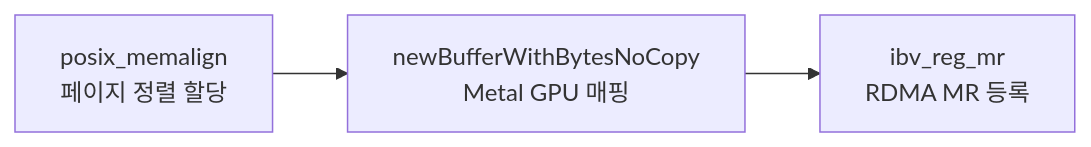
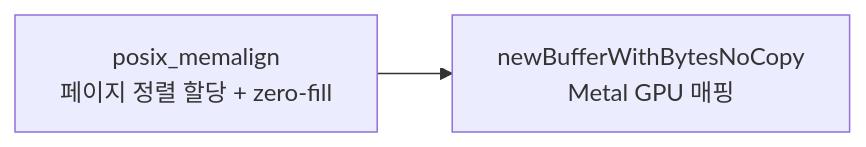
The second of 3 diagrams in docs/crates/rmlx-alloc.md (0xDaizz/RMLX), drawn with Mermaid before and after one commit. The commit also changed other lines of this file and 11 other files, not shown here.

````diff
--- a/docs/crates/rmlx-alloc.md
+++ b/docs/crates/rmlx-alloc.md
@@ -30,5 +62,4 @@
 ```mermaid
 flowchart LR
-    A[posix_memalign<br/>페이지 정렬 할당] --> B[newBufferWithBytesNoCopy<br/>Metal GPU 매핑]
-    B --> C[ibv_reg_mr<br/>RDMA MR 등록]
+    A[posix_memalign<br/>페이지 정렬 할당 + zero-fill] --> B[newBufferWithBytesNoCopy<br/>Metal GPU 매핑]
 ```
````
